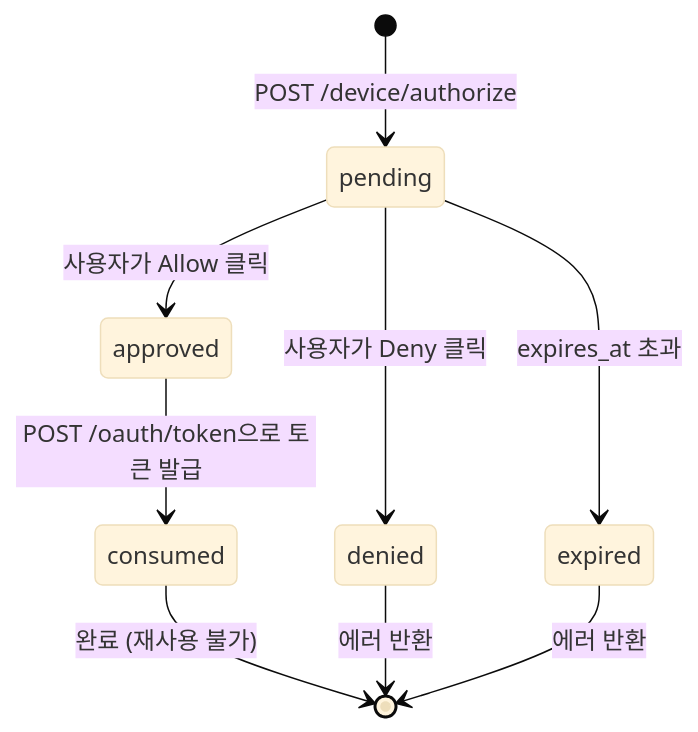
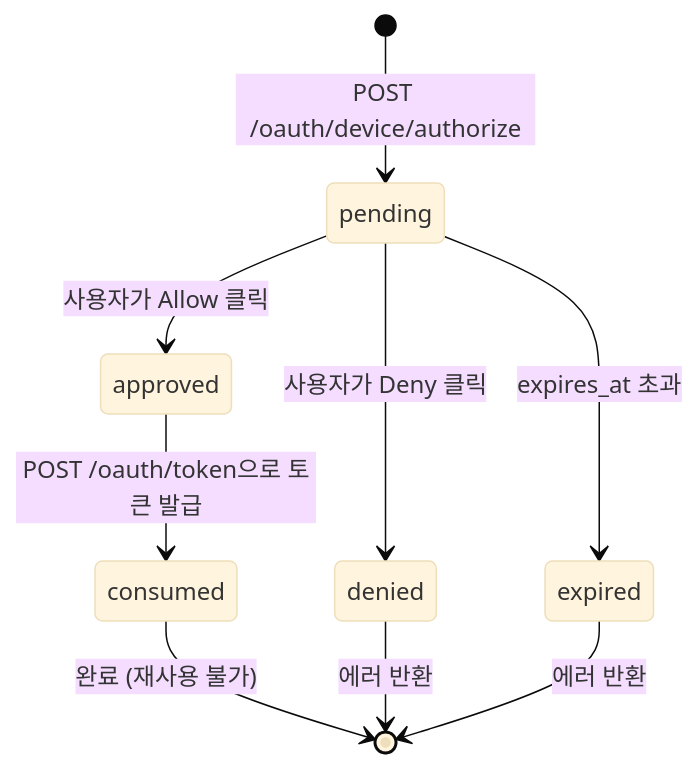
The second of 2 diagrams in docs/spec/003-device-login.md (cagojeiger/authgate), drawn with Mermaid (base theme) before and after one commit. The commit also changed 4 other files, not shown here.

````diff
--- a/docs/spec/003-device-login.md
+++ b/docs/spec/003-device-login.md
@@ -111,11 +111,11 @@
 ```mermaid
 stateDiagram-v2
-    [*] --> pending: POST /device/authorize
+    [*] --> pending: POST /oauth/device/authorize
     pending --> approved: 사용자가 Allow 클릭
     pending --> denied: 사용자가 Deny 클릭
     pending --> expired: expires_at 초과
     approved --> consumed: POST /oauth/token으로 토큰 발급
     consumed --> [*]: 완료 (재사용 불가)
     denied --> [*]: 에러 반환
     expired --> [*]: 에러 반환
 ```
````
